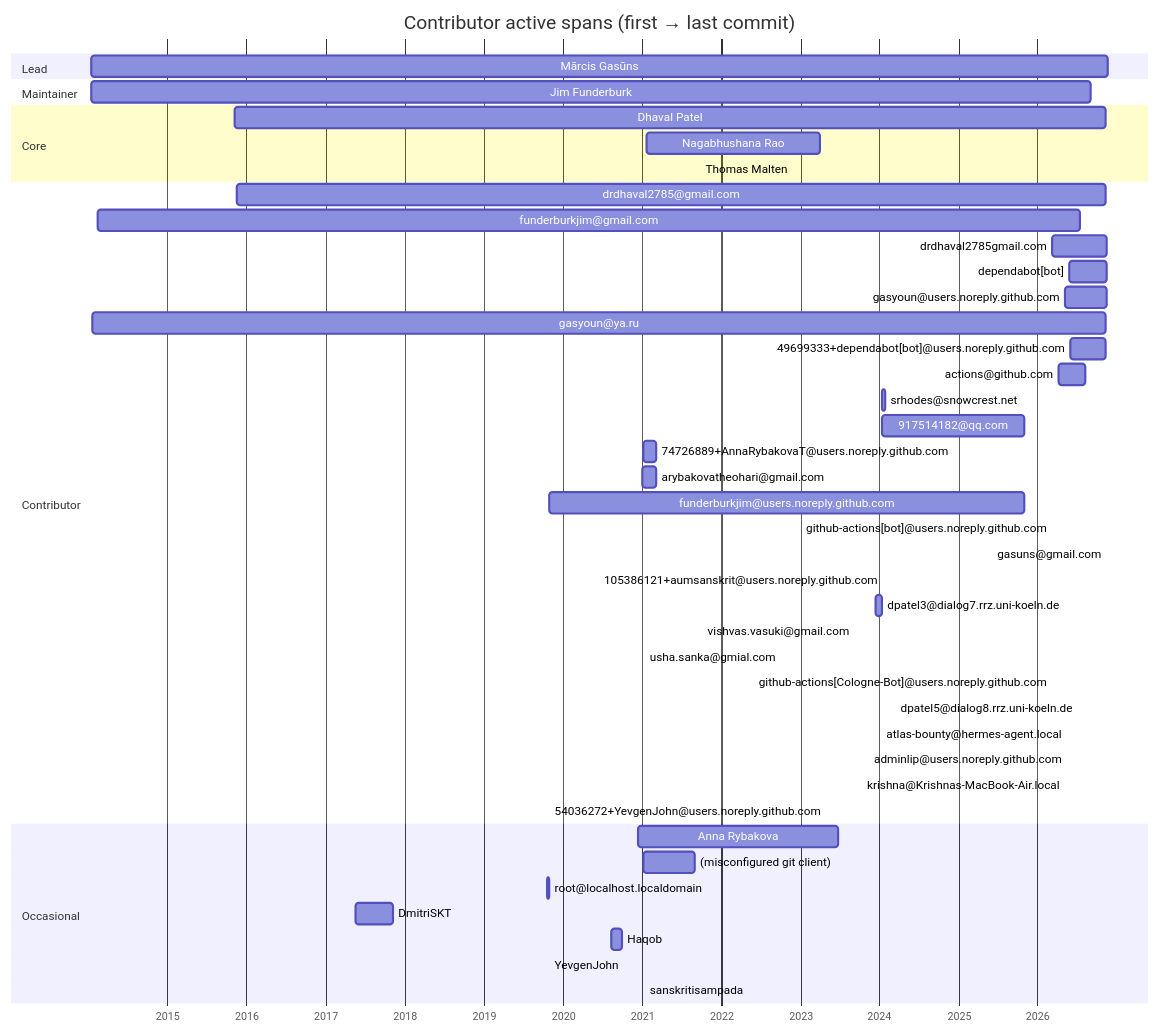
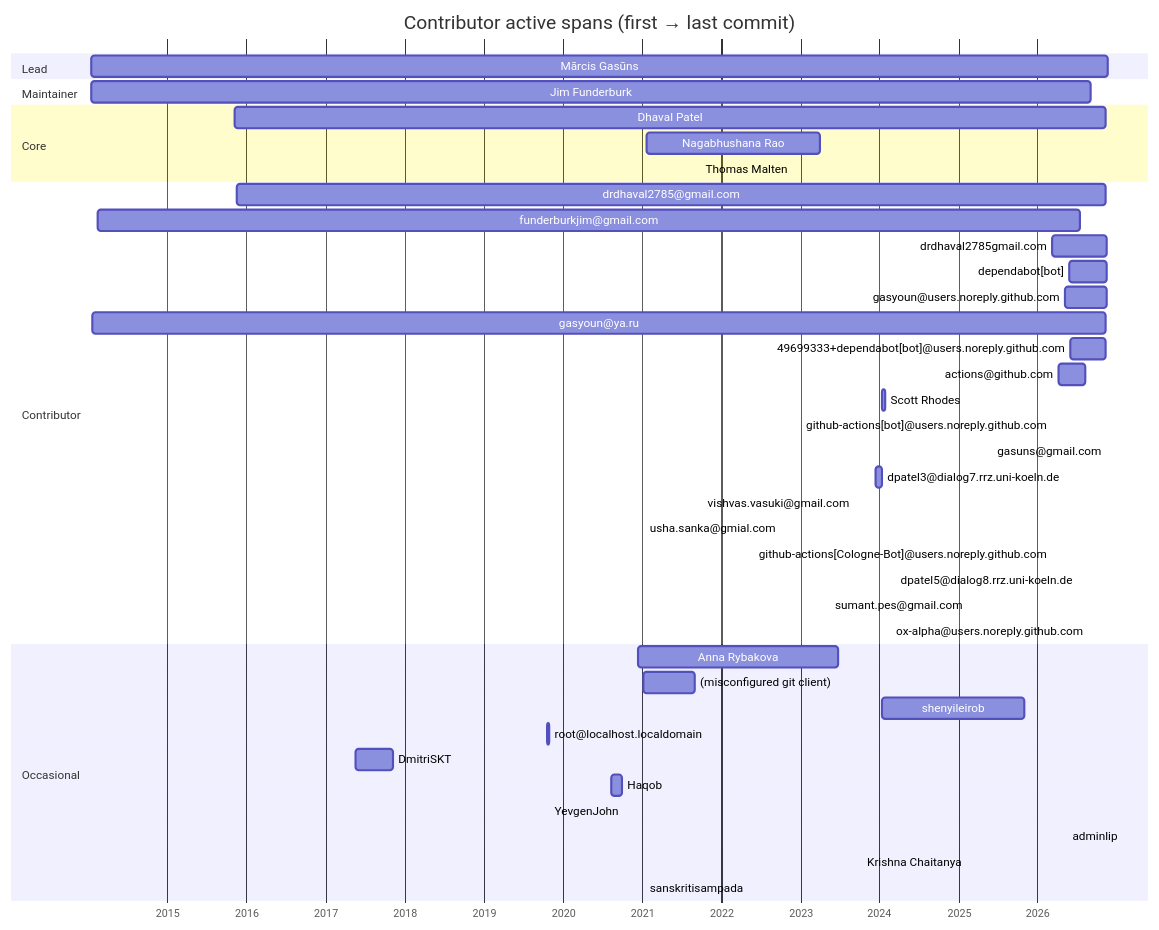
One commit to sanskrit-lexicon/csl-observatory changed the diagram in reports/timeline.md. Above: the diagram before and after it, drawn with Mermaid. The commit also changed 8 other files, not shown here.

````diff
--- a/reports/timeline.md
+++ b/reports/timeline.md
@@ -7,48 +7,44 @@
 ```mermaid
 gantt
     title Contributor active spans (first → last commit)
     dateFormat YYYY-MM-DD
     axisFormat %Y
     section Lead
     Mārcis Gasūns :2014-01-14, 2026-11-21
     section Maintainer
     Jim Funderburk :2014-01-15, 2026-09-05
     section Core
     Dhaval Patel :2015-11-08, 2026-11-12
     Nagabhushana Rao :2021-01-23, 2023-04-03
     Thomas Malten :2021-09-26, 2021-09-26
     section Contributor
     drdhaval2785@gmail.com :2015-11-19, 2026-11-12
     funderburkjim@gmail.com :2014-02-12, 2026-07-14
     drdhaval2785gmail.com :2026-03-09, 2026-11-15
     dependabot[bot] :2026-05-29, 2026-11-18
     gasyoun@users.noreply.github.com :2026-05-06, 2026-11-15
     gasyoun@ya.ru :2014-01-21, 2026-11-12
     49699333+dependabot[bot]@users.noreply.github.com :2026-06-02, 2026-11-09
     actions@github.com :2026-04-08, 2026-08-09
-    srhodes@snowcrest.net :2024-01-14, 2024-01-28
-    917514182@qq.com :2024-01-13, 2025-11-01
-    74726889+AnnaRybakovaT@users.noreply.github.com :2021-01-06, 2021-03-06
-    arybakovatheohari@gmail.com :2021-01-04, 2021-03-06
-    funderburkjim@users.noreply.github.com :2019-10-30, 2025-11-01
+    Scott Rhodes :2024-01-14, 2024-01-28
     github-actions[bot]@users.noreply.github.com :2026-03-07, 2026-03-09
     gasuns@gmail.com :2026-11-18, 2026-11-18
-    105386121+aumsanskrit@users.noreply.github.com :2024-01-16, 2024-01-20
     dpatel3@dialog7.rrz.uni-koeln.de :2023-12-15, 2024-01-12
     vishvas.vasuki@gmail.com :2021-10-05, 2021-10-07
     usha.sanka@gmial.com :2021-01-13, 2021-01-13
     github-actions[Cologne-Bot]@users.noreply.github.com :2026-03-09, 2026-03-09
     dpatel5@dialog8.rrz.uni-koeln.de :2026-07-07, 2026-07-07
-    atlas-bounty@hermes-agent.local :2026-05-15, 2026-05-15
-    adminlip@users.noreply.github.com :2026-05-15, 2026-05-15
-    krishna@Krishnas-MacBook-Air.local :2023-10-12, 2023-10-12
-    54036272+YevgenJohn@users.noreply.github.com :2019-10-31, 2019-10-31
+    sumant.pes@gmail.com :2023-05-14, 2023-05-14
+    ox-alpha@users.noreply.github.com :2026-08-24, 2026-08-24
     section Occasional
     Anna Rybakova :2020-12-15, 2023-06-25
     (misconfigured git client) :2021-01-09, 2021-09-03
+    shenyileirob :2024-01-13, 2025-11-01
     root@localhost.localdomain :2019-10-21, 2019-10-31
     DmitriSKT :2017-05-18, 2017-11-05
     Haqob :2020-08-11, 2020-09-30
     YevgenJohn :2019-10-31, 2019-10-31
+    adminlip :2026-05-15, 2026-05-15
+    Krishna Chaitanya :2023-10-12, 2023-10-12
     sanskritisampada :2021-01-10, 2021-01-10
 ```
````
